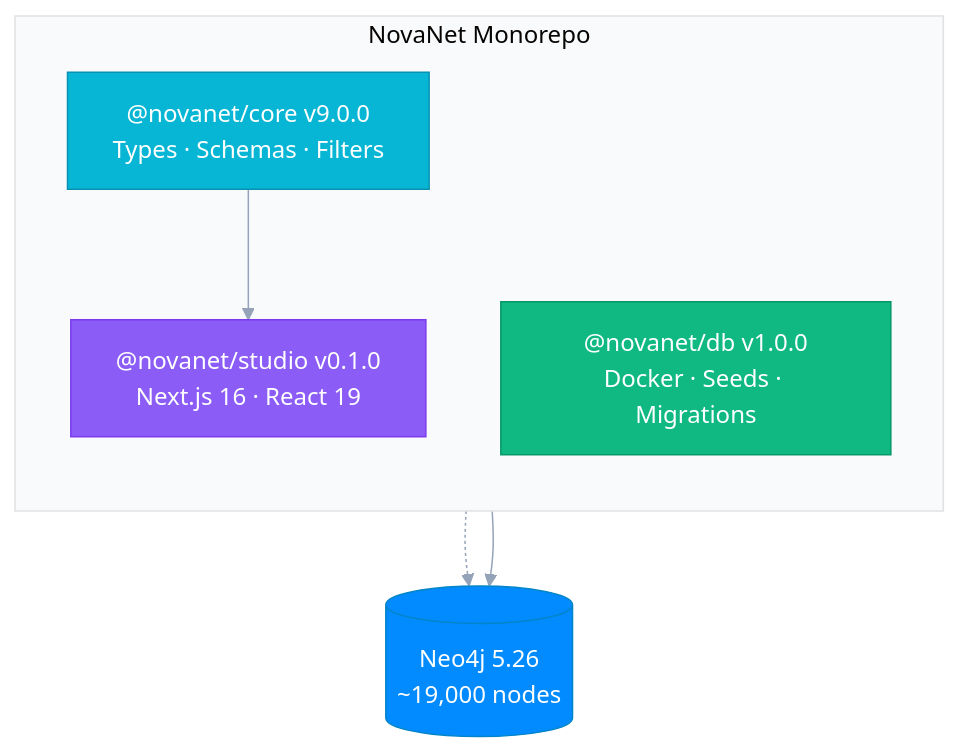
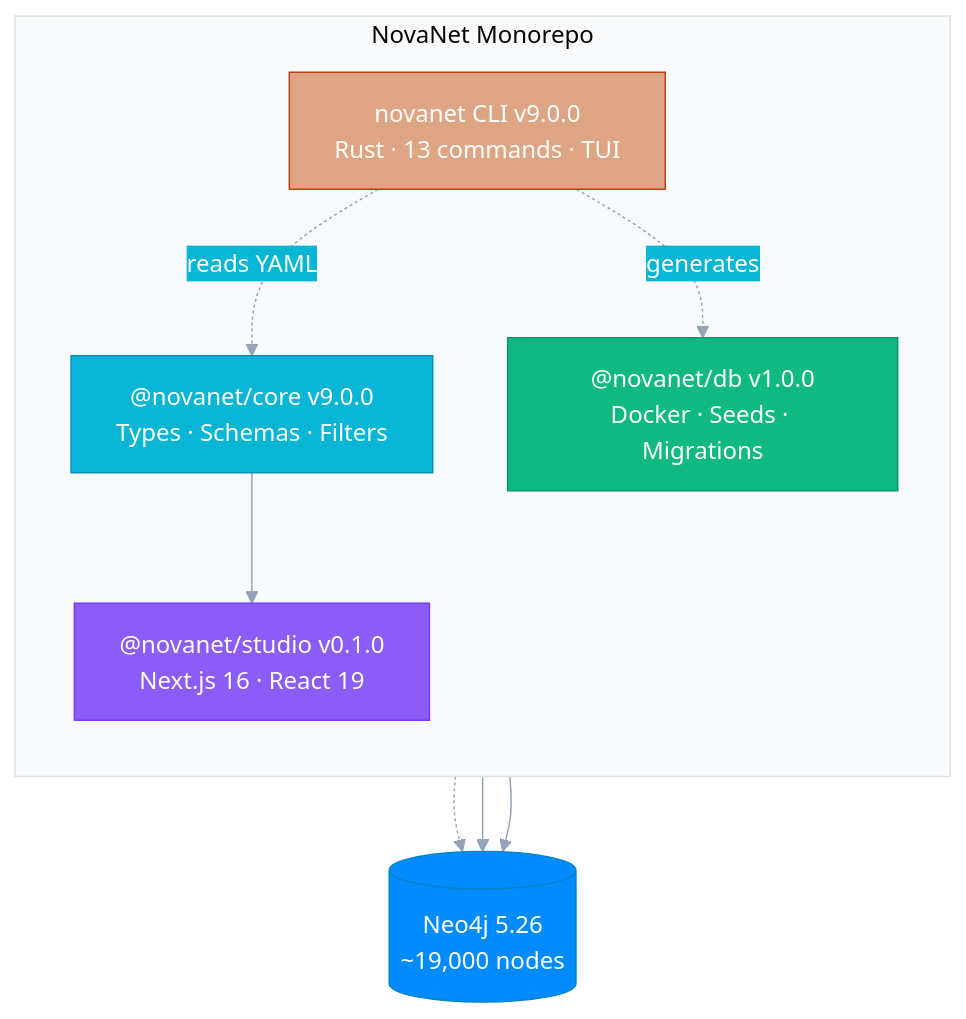
The diagram in README.md (supernovae-st/novanet), drawn with Mermaid before and after one commit. The commit also changed other lines of this file and 2 other files, not shown here.

````diff
--- a/README.md
+++ b/README.md
@@ -43,28 +44,33 @@
 ```mermaid
 %%{init: {'theme': 'base', 'themeVariables': {
   'primaryColor': '#6366f1',
   'primaryTextColor': '#fff',
   'primaryBorderColor': '#4f46e5',
   'lineColor': '#94a3b8',
   'secondaryColor': '#06b6d4',
   'tertiaryColor': '#f8fafc'
 }}}%%
 flowchart TB
     subgraph MONO["NovaNet Monorepo"]
         direction TB
         CORE["@novanet/core v9.0.0\nTypes · Schemas · Filters"]
         DB["@novanet/db v1.0.0\nDocker · Seeds · Migrations"]
         STUDIO["@novanet/studio v0.1.0\nNext.js 16 · React 19"]
+        RUST["novanet CLI v9.0.0\nRust · 13 commands · TUI"]
     end
 
     CORE --> STUDIO
+    RUST -.->|reads YAML| CORE
+    RUST -.->|generates| DB
 
     NEO4J[("Neo4j 5.26\n~19,000 nodes")]
     DB -.-> NEO4J
     STUDIO --> NEO4J
+    RUST --> NEO4J
 
     style CORE fill:#06b6d4,stroke:#0891b2,color:#fff
     style DB fill:#10b981,stroke:#059669,color:#fff
     style STUDIO fill:#8b5cf6,stroke:#7c3aed,color:#fff
+    style RUST fill:#DEA584,stroke:#B7410E,color:#fff
     style NEO4J fill:#018bff,stroke:#0284c7,color:#fff
 ```
````
